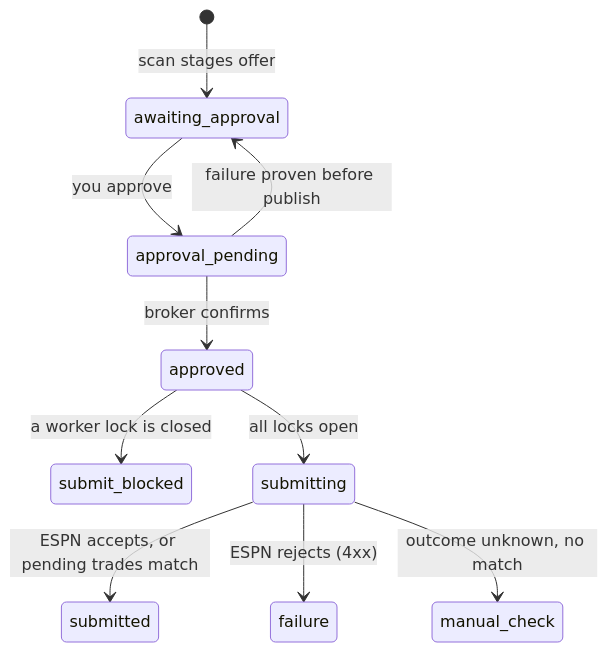
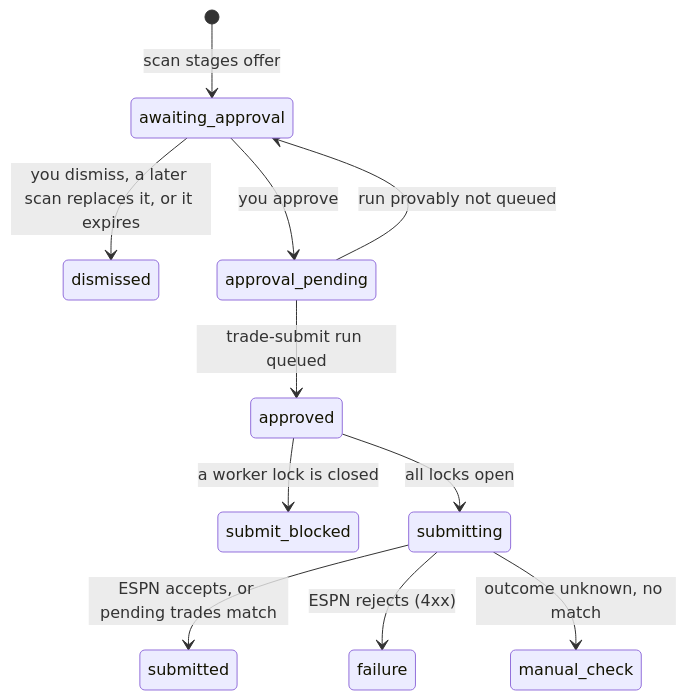
Before and after one commit to cvillarr23/fantasy-project: the second of 3 diagrams in docs/overview/flows/outgoing-trades.md, drawn with Mermaid. The commit also changed other lines of this file and 1 other file, not shown here.

First line of the commit message:
Document approval runs and the launcher-run trade send (#114)

````diff
--- a/docs/overview/flows/outgoing-trades.md
+++ b/docs/overview/flows/outgoing-trades.md
@@ -50,12 +56,13 @@
 ```mermaid
 stateDiagram-v2
     [*] --> awaiting_approval: scan stages offer
+    awaiting_approval --> dismissed: you dismiss, a later scan replaces it, or it expires
     awaiting_approval --> approval_pending: you approve
-    approval_pending --> approved: broker confirms
-    approval_pending --> awaiting_approval: failure proven before publish
+    approval_pending --> approved: trade-submit run queued
+    approval_pending --> awaiting_approval: run provably not queued
     approved --> submit_blocked: a worker lock is closed
     approved --> submitting: all locks open
     submitting --> submitted: ESPN accepts, or pending trades match
     submitting --> failure: ESPN rejects (4xx)
     submitting --> manual_check: outcome unknown, no match
 ```
````
